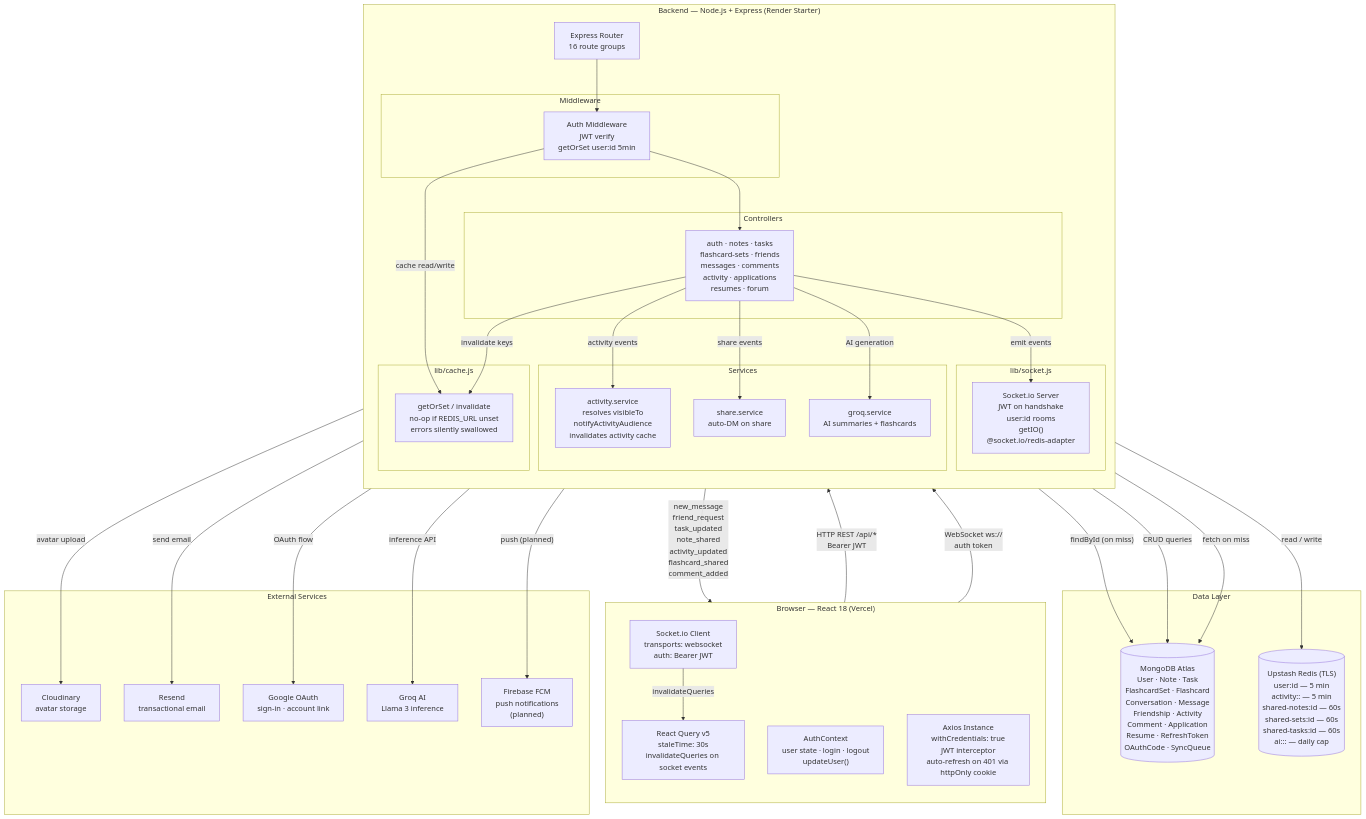
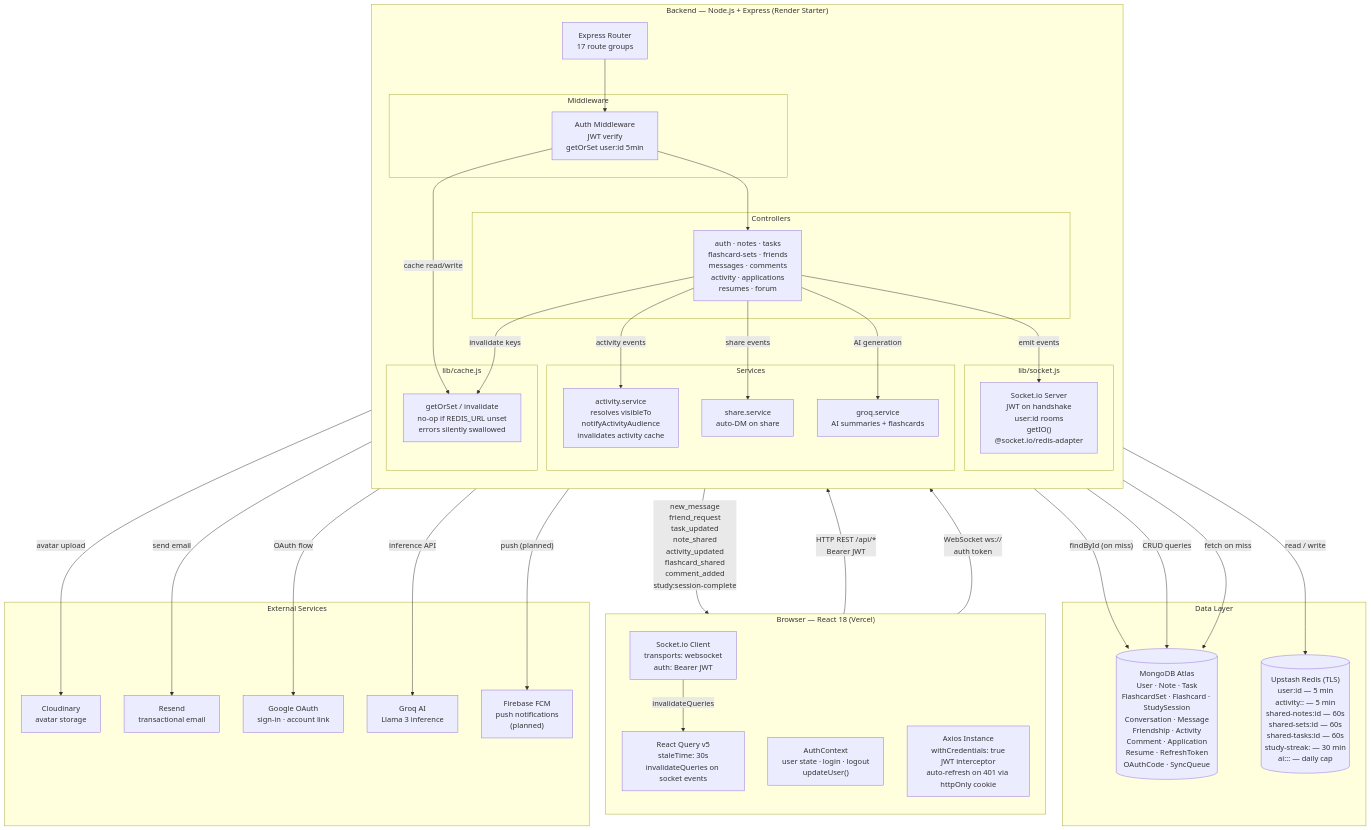
Before and after one commit to JustinBurrell/continuum: the first of 5 diagrams in docs/backend/system-design.md, drawn with Mermaid. The commit also changed 5 other files, not shown here.

Commit message:
docs: update all schema and architecture docs for StudySession

```diff
--- a/docs/backend/system-design.md
+++ b/docs/backend/system-design.md
@@ -16,7 +16,7 @@
 
     subgraph BACKEND["Backend — Node.js + Express (Render Starter)"]
         direction TB
-        ROUTER["Express Router\n16 route groups"]
+        ROUTER["Express Router\n17 route groups"]
 
         subgraph MIDDLEWARE["Middleware"]
             AUTH_MW["Auth Middleware\nJWT verify\ngetOrSet user:id 5min"]
@@ -43,8 +43,8 @@
     end
 
     subgraph DATA["Data Layer"]
-        MONGO[("MongoDB Atlas\nUser · Note · Task\nFlashcardSet · Flashcard\nConversation · Message\nFriendship · Activity\nComment · Application\nResume · RefreshToken\nOAuthCode · SyncQueue")]
-        REDIS[("Upstash Redis (TLS)\nuser:id — 5 min\nactivity:<userId>:<cursor> — 5 min\nshared-notes:id — 60s\nshared-sets:id — 60s\nshared-tasks:id — 60s\nai:<type>:<userId>:<date> — daily cap")]
+        MONGO[("MongoDB Atlas\nUser · Note · Task\nFlashcardSet · Flashcard · StudySession\nConversation · Message\nFriendship · Activity\nComment · Application\nResume · RefreshToken\nOAuthCode · SyncQueue")]
+        REDIS[("Upstash Redis (TLS)\nuser:id — 5 min\nactivity:<userId>:<cursor> — 5 min\nshared-notes:id — 60s\nshared-sets:id — 60s\nshared-tasks:id — 60s\nstudy-streak:<userId> — 30 min\nai:<type>:<userId>:<date> — daily cap")]
     end
 
     subgraph EXTERNAL["External Services"]
@@ -70,7 +70,7 @@
     CC -- "invalidate keys" --> REDIS_LIB
 
     %% Socket pushes to client
-    IO -- "new_message\nfriend_request\ntask_updated\nnote_shared\nactivity_updated\nflashcard_shared\ncomment_added" --> SC
+    IO -- "new_message\nfriend_request\ntask_updated\nnote_shared\nactivity_updated\nflashcard_shared\ncomment_added\nstudy:session-complete" --> SC
 
     %% Client reacts
     SC -- "invalidateQueries" --> RQ
```
